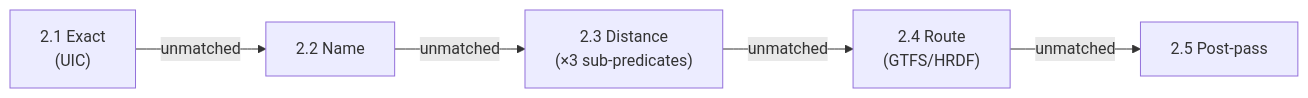
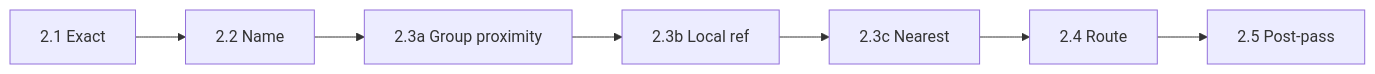
Before and after one commit to openTdataCH/stop_sync_osm_atlas: the second of 3 diagrams in documentation/2. Matching process.md, drawn with Mermaid. The commit also changed other lines of this file and 37 other files, not shown here.

````diff
--- a/documentation/2. Matching process.md
+++ b/documentation/2. Matching process.md
@@ -90,9 +121,4 @@
 ```mermaid
 flowchart LR
-    E["2.1 Exact<br/>(UIC)"]
-    N["2.2 Name"]
-    D["2.3 Distance<br/>(×3 sub-predicates)"]
-    R["2.4 Route<br/>(GTFS/HRDF)"]
-    P["2.5 Post-pass"]
-    E -->|unmatched| N -->|unmatched| D -->|unmatched| R -->|unmatched| P
+    E["2.1 Exact"] --> N["2.2 Name"] --> D1["2.3a Group proximity"] --> D2["2.3b Local ref"] --> D3["2.3c Nearest"] --> R["2.4 Route"] --> P["2.5 Post-pass"]
 ```
````
